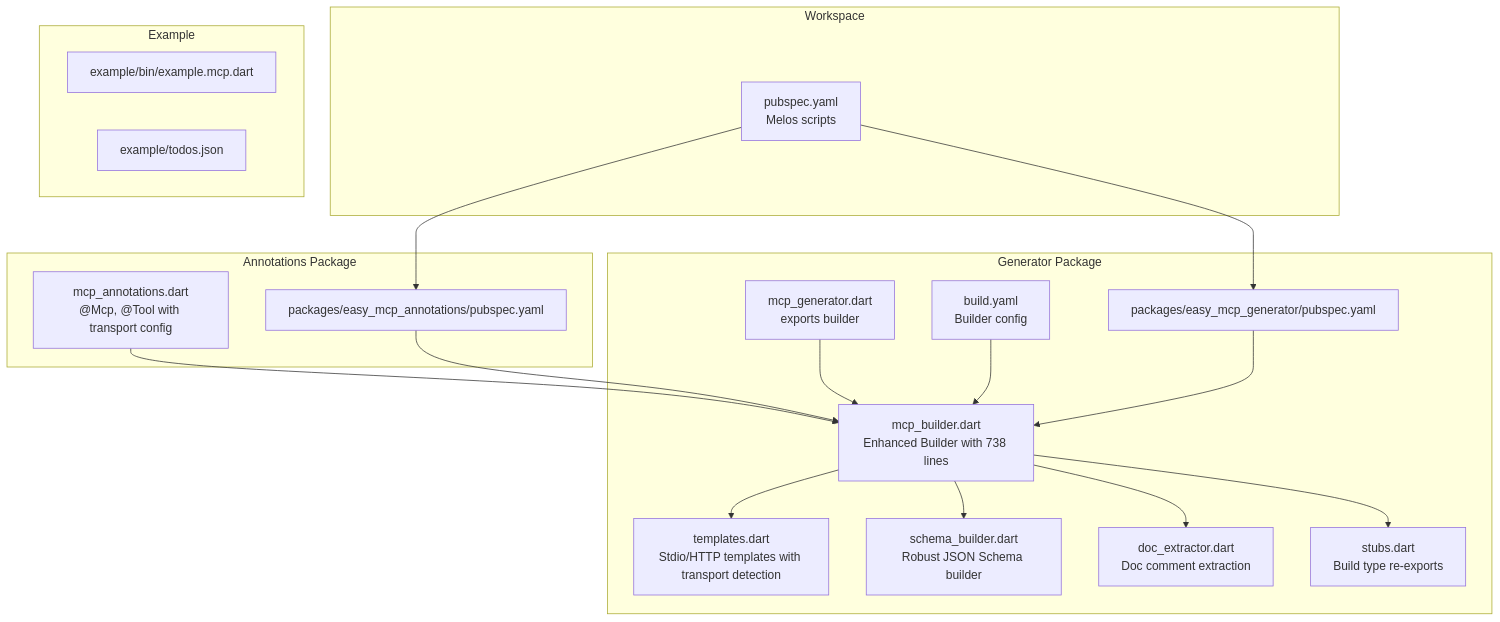
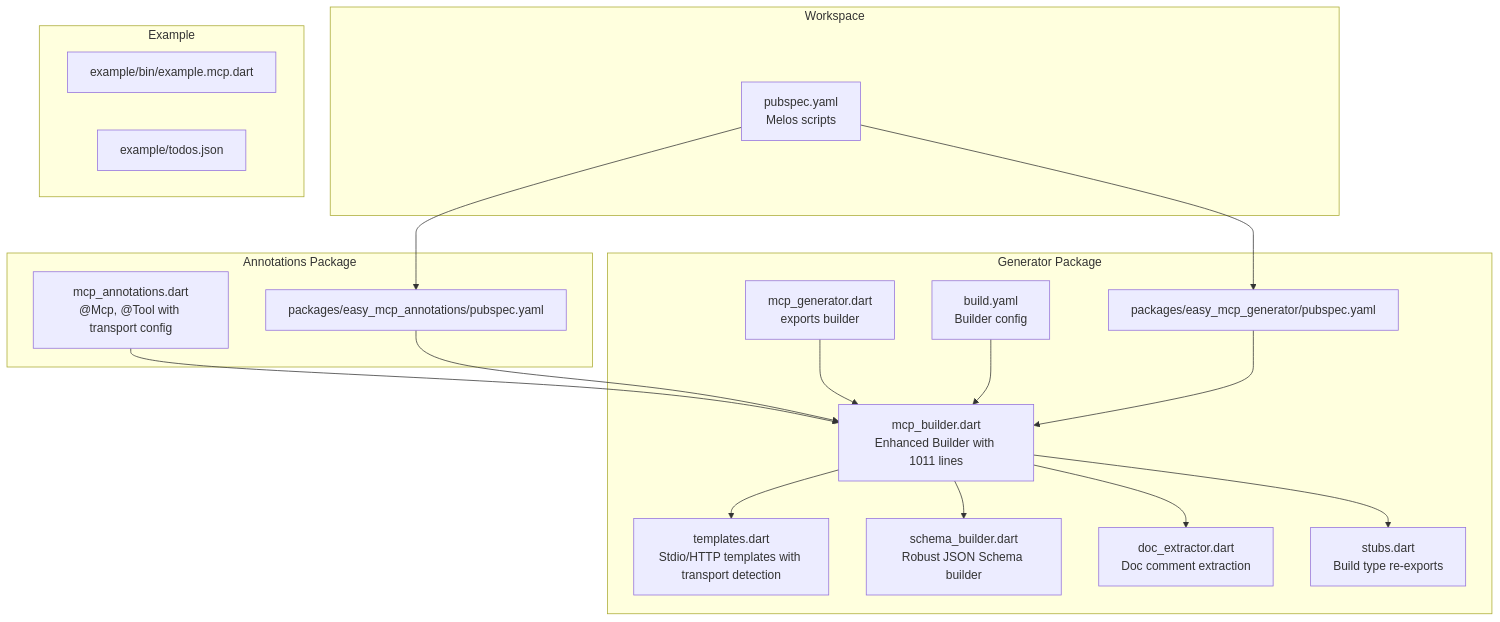
The first of 7 diagrams in .qoder/repowiki/en/content/Code Generation Engine/Code Generation Engine.md (cdavis-code/easy_mcp_workspace), drawn with Mermaid before and after one commit. The commit also changed other lines of this file and 3 other files, not shown here.

````diff
--- a/.qoder/repowiki/en/content/Code Generation Engine/Code Generation Engine.md
+++ b/.qoder/repowiki/en/content/Code Generation Engine/Code Generation Engine.md
@@ -56,35 +54,35 @@
 ```mermaid
 graph TB
 subgraph "Workspace"
 WS["pubspec.yaml<br/>Melos scripts"]
 end
 subgraph "Annotations Package"
 ANNOT["mcp_annotations.dart<br/>@Mcp, @Tool with transport config"]
 ANNOT_SPEC["packages/easy_mcp_annotations/pubspec.yaml"]
 end
 subgraph "Generator Package"
 GEN_LIB["mcp_generator.dart<br/>exports builder"]
-BUILDER["mcp_builder.dart<br/>Enhanced Builder with 738 lines"]
+BUILDER["mcp_builder.dart<br/>Enhanced Builder with 1011 lines"]
 TEMPLATES["templates.dart<br/>Stdio/HTTP templates with transport detection"]
 SCHEMA["schema_builder.dart<br/>Robust JSON Schema builder"]
 DOCX["doc_extractor.dart<br/>Doc comment extraction"]
 STUBS["stubs.dart<br/>Build type re-exports"]
 BUILD_YAML["build.yaml<br/>Builder config"]
 GEN_SPEC["packages/easy_mcp_generator/pubspec.yaml"]
 end
 subgraph "Example"
 EX_BIN["example/bin/example.mcp.dart"]
 EX_JSON["example/todos.json"]
 end
 WS --> ANNOT_SPEC
 WS --> GEN_SPEC
 GEN_LIB --> BUILDER
 BUILDER --> TEMPLATES
 BUILDER --> SCHEMA
 BUILDER --> DOCX
 BUILDER --> STUBS
 BUILD_YAML --> BUILDER
 ANNOT --> BUILDER
 GEN_SPEC --> BUILDER
 ANNOT_SPEC --> BUILDER
 ```
````
